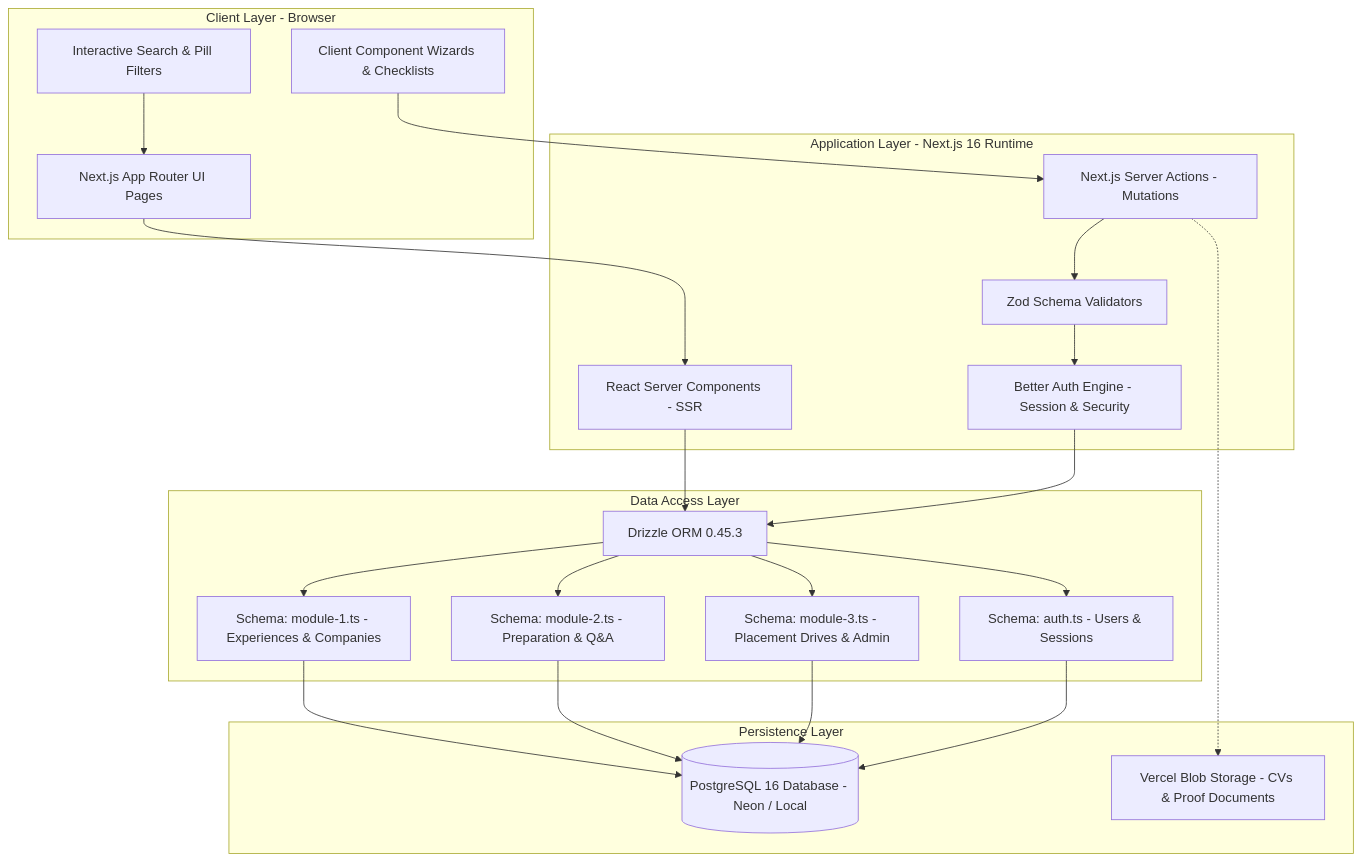
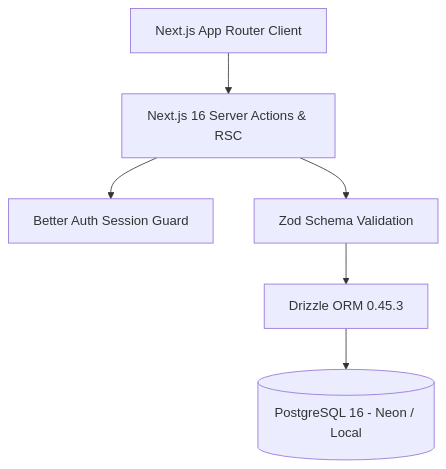
The diagram in README.md (Jyatin/beyond-the-rumour-mill-team), drawn with Mermaid before and after one commit. The commit also changed other lines of this file and 1 other file, not shown here.

````diff
--- a/README.md
+++ b/README.md
@@ -115,45 +49,8 @@
 ```mermaid
 graph TD
-    subgraph Client Layer [Client Layer - Browser]
-        UI[Next.js App Router UI Pages]
-        Forms[Client Component Wizards & Checklists]
-        Search[Interactive Search & Pill Filters]
-    end
-
-    subgraph Application Layer [Application Layer - Next.js 16 Runtime]
-        RSC[React Server Components - SSR]
-        SA[Next.js Server Actions - Mutations]
-        Auth[Better Auth Engine - Session & Security]
-        Zod[Zod Schema Validators]
-    end
-
-    subgraph Data Access Layer [Data Access Layer]
-        Drizzle[Drizzle ORM 0.45.3]
-        SchemaMod1[Schema: module-1.ts - Experiences & Companies]
-        SchemaMod2[Schema: module-2.ts - Preparation & Q&A]
-        SchemaMod3[Schema: module-3.ts - Placement Drives & Admin]
-        SchemaAuth[Schema: auth.ts - Users & Sessions]
-    end
-
-    subgraph Persistence Layer [Persistence Layer]
-        PG[(PostgreSQL 16 Database - Neon / Local)]
-        VercelBlob[Vercel Blob Storage - CVs & Proof Documents]
-    end
-
-    UI --> RSC
-    Forms --> SA
-    Search --> UI
-    RSC --> Drizzle
-    SA --> Zod
-    Zod --> Auth
-    Auth --> Drizzle
-    Drizzle --> SchemaMod1
-    Drizzle --> SchemaMod2
-    Drizzle --> SchemaMod3
-    Drizzle --> SchemaAuth
-    SchemaMod1 --> PG
-    SchemaMod2 --> PG
-    SchemaMod3 --> PG
-    SchemaAuth --> PG
-    SA -.-> VercelBlob
+    Client[Next.js App Router Client] --> Server[Next.js 16 Server Actions & RSC]
+    Server --> Auth[Better Auth Session Guard]
+    Server --> Zod[Zod Schema Validation]
+    Zod --> Drizzle[Drizzle ORM 0.45.3]
+    Drizzle --> DB[(PostgreSQL 16 - Neon / Local)]
 ```
````
